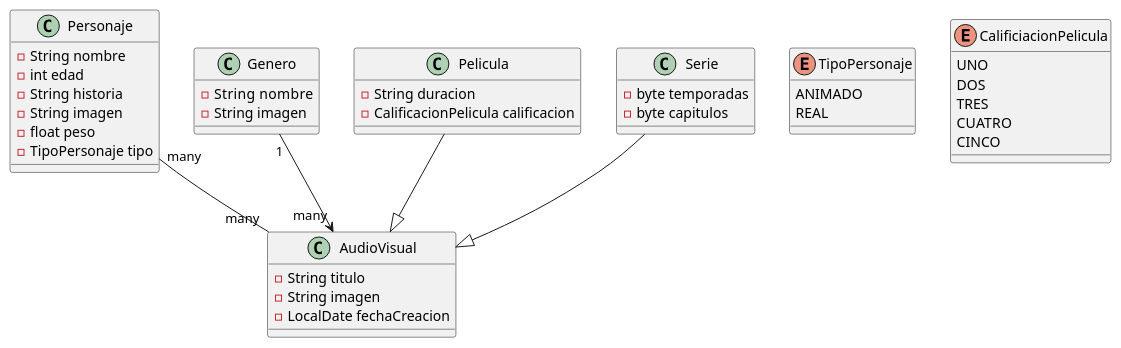
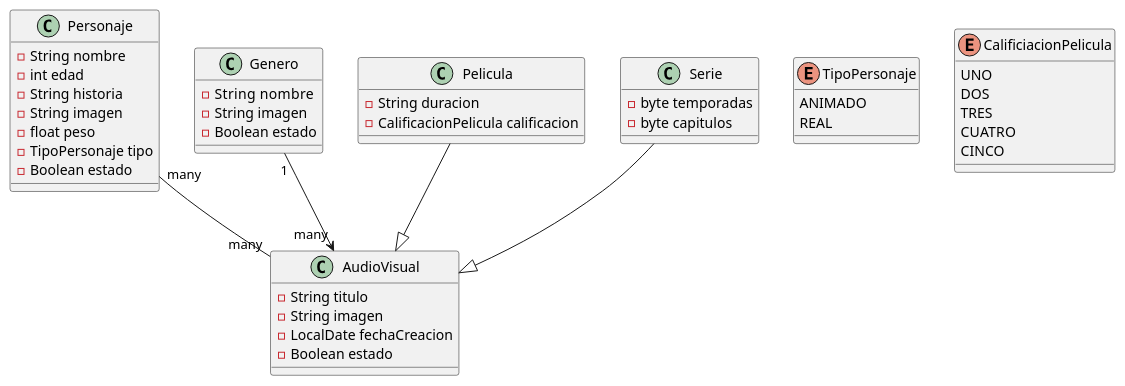
The diagram in src/main/java/com/javadabadu/disney/UML/modeladoUML.puml (MansillaLucas/Disney-Gradle-Migration), drawn with PlantUML before and after one commit.

Commit message:
Se agregan atributos de estado al UML

```diff
--- a/src/main/java/com/javadabadu/disney/UML/modeladoUML.puml
+++ b/src/main/java/com/javadabadu/disney/UML/modeladoUML.puml
@@ -1,51 +1,54 @@
 @startuml
 Personaje "many" -- "many" AudioVisual
 Genero  "1" --> "many" AudioVisual
 Pelicula  --|> AudioVisual
 Serie     --|> AudioVisual
  class Personaje {
     - String nombre
     - int edad
     - String historia
     - String imagen
     - float peso
     - TipoPersonaje tipo
+    - Boolean estado
 }
 
  class Genero {
      - String  nombre
      - String imagen
+     - Boolean estado
 }
 
  class Pelicula {
     - String duracion
     - CalificacionPelicula calificacion
 }
 class Serie{
  - byte temporadas
  - byte capitulos
 }
 
 
 class AudioVisual {
     - String titulo
     - String imagen
     - LocalDate fechaCreacion
+    - Boolean estado
 }
 
 
 enum TipoPersonaje {
     ANIMADO
     REAL
 }
 
 enum CalificiacionPelicula {
     UNO
     DOS
     TRES
     CUATRO
     CINCO
 }
 
 
 @enduml
```
